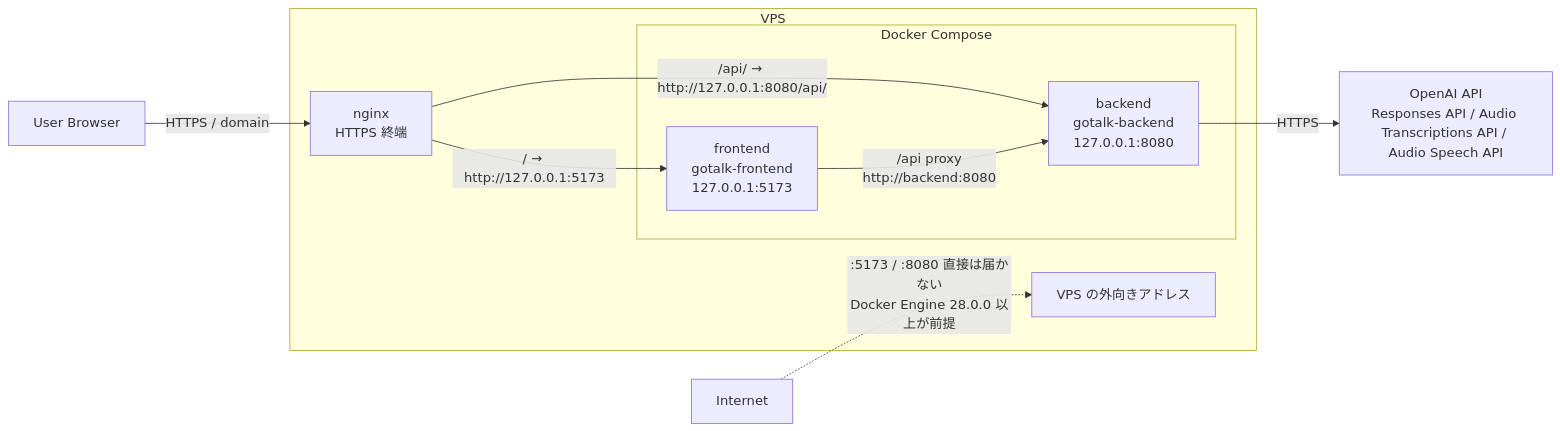
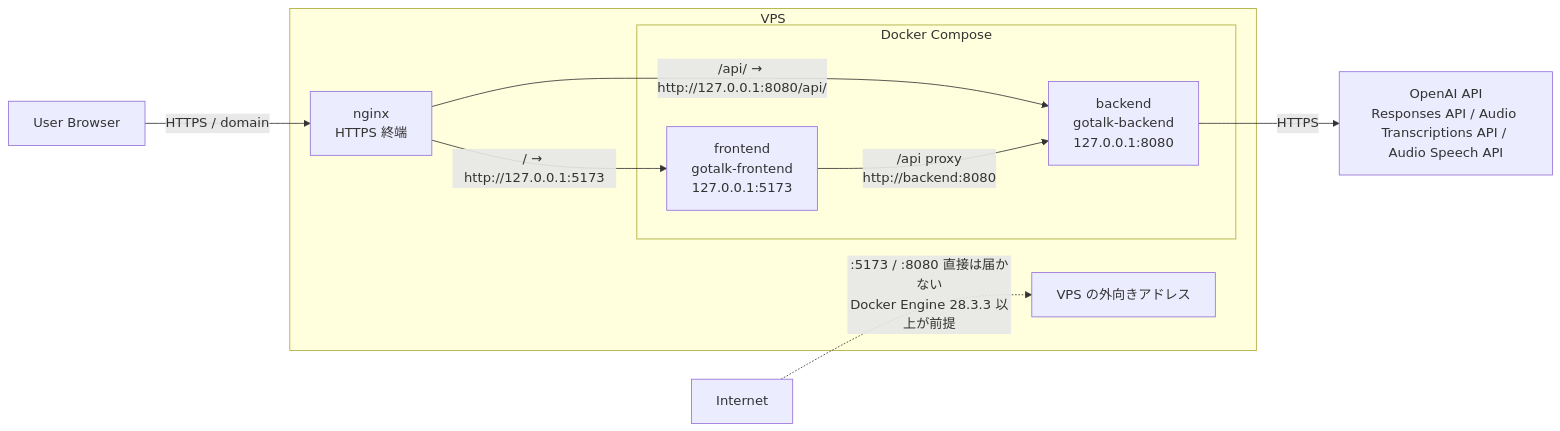
The diagram in docs/infrastructure.md (shin-arita/gotalk), drawn with Mermaid before and after one commit. The commit also changed other lines of this file and 1 other file, not shown here.

First line of the commit message:
docs: ポートの公開範囲の前提を Docker Engine 28.3.3 以上にし、確認方法と allowed-mail の対応バージョンを追記

````diff
--- a/docs/infrastructure.md
+++ b/docs/infrastructure.md
@@ -45,18 +45,18 @@
 ```mermaid
 flowchart LR
   User[User Browser] -->|HTTPS / domain| Nginx[nginx<br/>HTTPS 終端]
-  Internet[Internet] -.->|:5173 / :8080 直接は届かない<br/>Docker Engine 28.0.0 以上が前提| VPSHost[VPS の外向きアドレス]
+  Internet[Internet] -.->|:5173 / :8080 直接は届かない<br/>Docker Engine 28.3.3 以上が前提| VPSHost[VPS の外向きアドレス]
   Nginx -->|/ → http://127.0.0.1:5173| Frontend[frontend<br/>gotalk-frontend<br/>127.0.0.1:5173]
   Nginx -->|/api/ → http://127.0.0.1:8080/api/| Backend[backend<br/>gotalk-backend<br/>127.0.0.1:8080]
   Frontend -->|/api proxy<br/>http://backend:8080| Backend
   Backend -->|HTTPS| OpenAI[OpenAI API<br/>Responses API / Audio Transcriptions API / Audio Speech API]
 
   subgraph VPS[VPS]
     Nginx
     VPSHost
     subgraph Compose[Docker Compose]
       Frontend
       Backend
     end
   end
 ```
````
